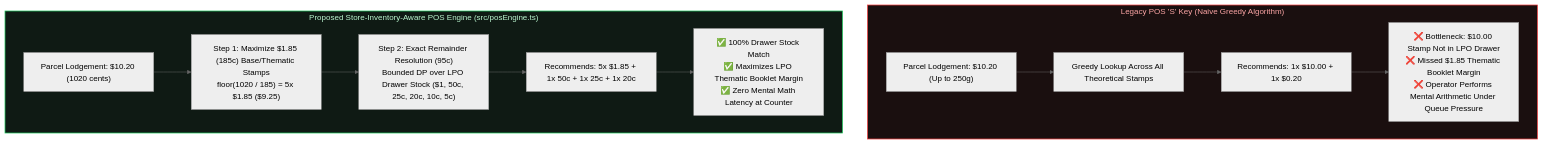
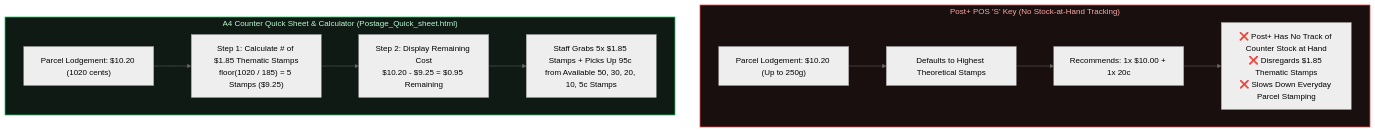
The diagram in README.md (Shadz11/auspost-pos-stamp-optimizer), drawn with Mermaid (neutral theme) before and after one commit. The commit also changed other lines of this file and 2 other files, not shown here.

Commit message:
Update calculator to focus on $1.85 thematic stamp count & remaining cost matching Postage_Quick_sheet.html

````diff
--- a/README.md
+++ b/README.md
@@ -26,18 +26,17 @@
 ```mermaid
 flowchart TD
-    subgraph Legacy["Legacy POS 'S' Key (Naive Greedy Algorithm)"]
-        L1["Parcel Lodgement: $10.20 (Up to 250g)"] --> L2["Greedy Lookup Across All Theoretical Stamps"]
-        L2 --> L3["Recommends: 1x $10.00 + 1x $0.20"]
-        L3 --> L4["❌ Bottleneck: $10.00 Stamp Not in LPO Drawer\n❌ Missed $1.85 Thematic Booklet Margin\n❌ Operator Performs Mental Arithmetic Under Queue Pressure"]
+    subgraph Legacy["Post+ POS 'S' Key (No Stock-at-Hand Tracking)"]
+        L1["Parcel Lodgement: $10.20 (Up to 250g)"] --> L2["Defaults to Highest Theoretical Stamps"]
+        L2 --> L3["Recommends: 1x $10.00 + 1x 20c"]
+        L3 --> L4["❌ Post+ Has No Track of Counter Stock at Hand\n❌ Disregards $1.85 Thematic Stamps\n❌ Slows Down Everyday Parcel Stamping"]
     end
 
-    subgraph Proposed["Proposed Store-Inventory-Aware POS Engine (src/posEngine.ts)"]
-        P1["Parcel Lodgement: $10.20 (1020 cents)"] --> P2["Step 1: Maximize $1.85 (185c) Base/Thematic Stamps\nfloor(1020 / 185) = 5x $1.85 ($9.25)"]
-        P2 --> P3["Step 2: Exact Remainder Resolution (95c)\nBounded DP over LPO Drawer Stock ($1, 50c, 25c, 20c, 10c, 5c)"]
-        P3 --> P4["Recommends: 5x $1.85 + 1x 50c + 1x 25c + 1x 20c"]
-        P4 --> P5["✅ 100% Drawer Stock Match\n✅ Maximizes LPO Thematic Booklet Margin\n✅ Zero Mental Math Latency at Counter"]
+    subgraph Proposed["A4 Counter Quick Sheet & Calculator (Postage_Quick_sheet.html)"]
+        P1["Parcel Lodgement: $10.20 (1020 cents)"] --> P2["Step 1: Calculate # of $1.85 Thematic Stamps\nfloor(1020 / 185) = 5 Stamps ($9.25)"]
+        P2 --> P3["Step 2: Display Remaining Cost\n$10.20 - $9.25 = $0.95 Remaining"]
+        P3 --> P4["Staff Grabs 5x $1.85 Stamps + Picks Up 95c from Available 50, 30, 20, 10, 5c Stamps"]
     end
 
     style Legacy fill:#1a0f0f,stroke:#ef4444,stroke-width:1.5px,color:#fca5a5
     style Proposed fill:#0f1a14,stroke:#22c55e,stroke-width:1.5px,color:#bbf7d0
 ```
````
